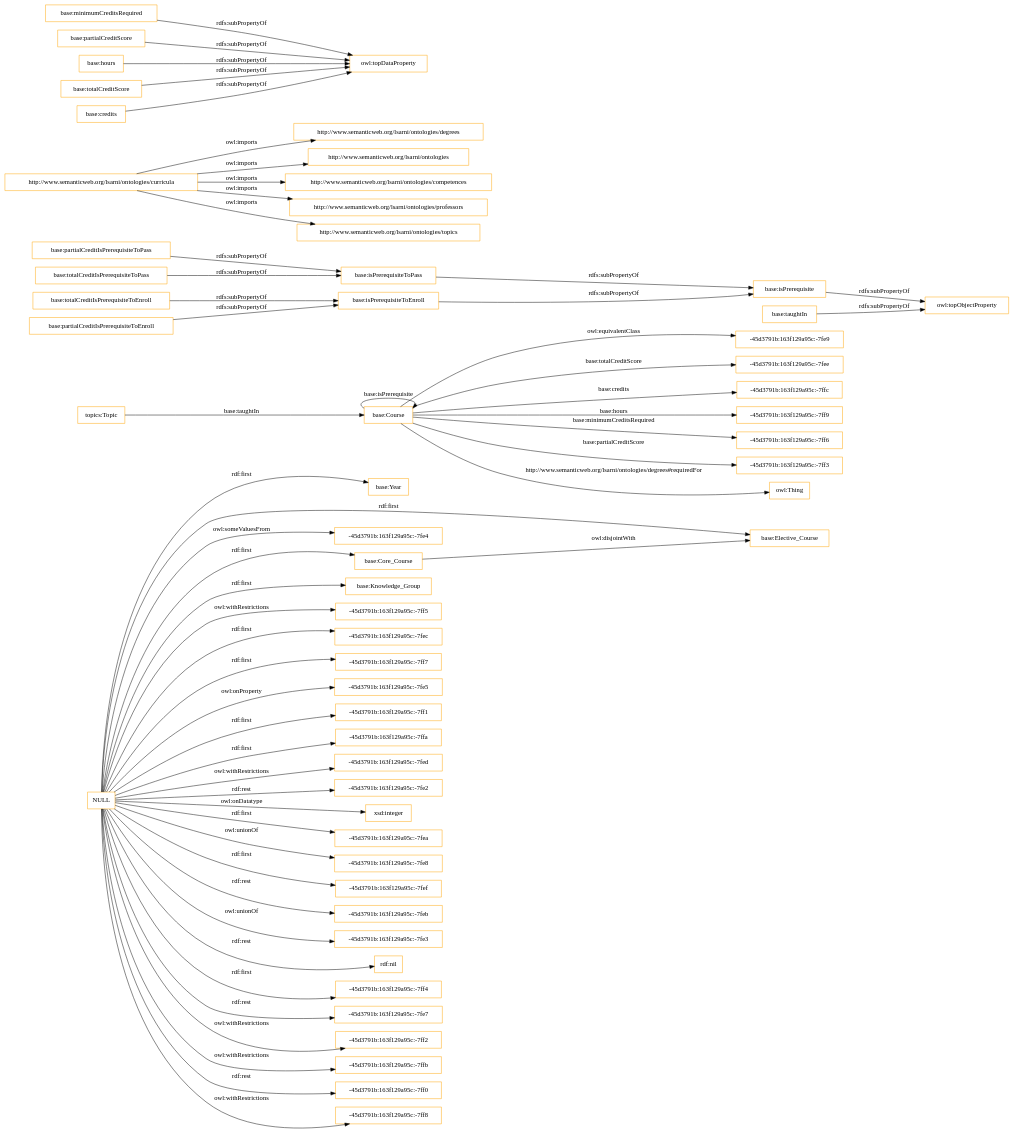
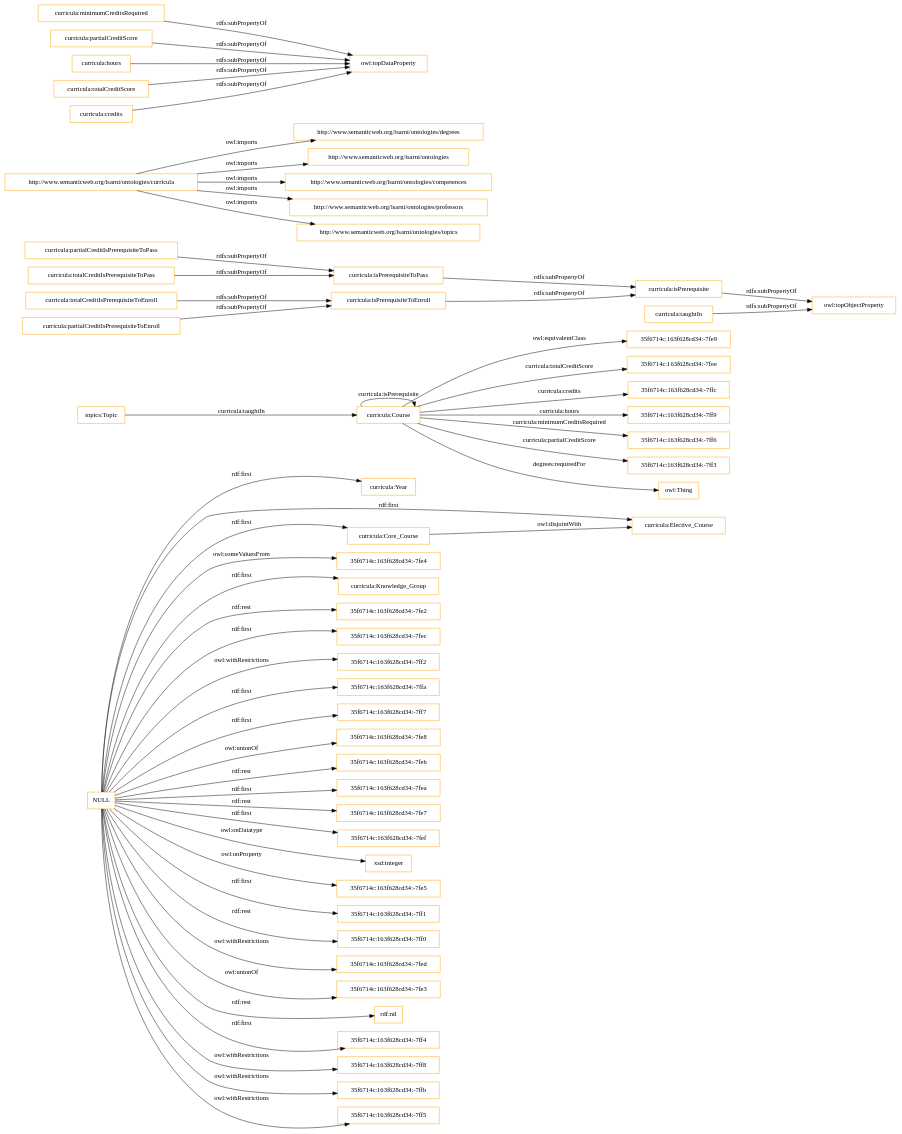
The diagram in OnToology/curricula.owl/diagrams/ar2dtool-class/curricula.owl.png.dot (lsarni/OntoCIS), drawn with Graphviz before and after one commit. The commit also changed 32 other files, not shown here.

```diff
--- a/OnToology/curricula.owl/diagrams/ar2dtool-class/curricula.owl.png.dot
+++ b/OnToology/curricula.owl/diagrams/ar2dtool-class/curricula.owl.png.dot
@@ -1,60 +1,60 @@
 digraph ar2dtool_diagram { 
 rankdir=LR;
 size="1501"
-node [shape = rectangle, color="orange"]; "base:Year" "base:Elective_Course" "-45d3791b:163f129a95c:-7fe4" "base:Core_Course" "base:Course" "-45d3791b:163f129a95c:-7fe9" "base:Knowledge_Group" ; /*classes style*/
-	"NULL" -> "-45d3791b:163f129a95c:-7ff5" [ label = "owl:withRestrictions" ];
-	"NULL" -> "-45d3791b:163f129a95c:-7fec" [ label = "rdf:first" ];
-	"NULL" -> "-45d3791b:163f129a95c:-7ff7" [ label = "rdf:first" ];
-	"NULL" -> "-45d3791b:163f129a95c:-7fe5" [ label = "owl:onProperty" ];
-	"NULL" -> "-45d3791b:163f129a95c:-7ff1" [ label = "rdf:first" ];
-	"NULL" -> "base:Knowledge_Group" [ label = "rdf:first" ];
-	"NULL" -> "-45d3791b:163f129a95c:-7ffa" [ label = "rdf:first" ];
-	"NULL" -> "-45d3791b:163f129a95c:-7fed" [ label = "owl:withRestrictions" ];
-	"NULL" -> "base:Core_Course" [ label = "rdf:first" ];
-	"NULL" -> "-45d3791b:163f129a95c:-7fe2" [ label = "rdf:rest" ];
+node [shape = rectangle, color="orange"]; "curricula:Year" "curricula:Elective_Course" "curricula:Core_Course" "curricula:Course" "35f6714c:163f628cd34:-7fe4" "curricula:Knowledge_Group" "35f6714c:163f628cd34:-7fe9" ; /*classes style*/
+	"NULL" -> "35f6714c:163f628cd34:-7fe2" [ label = "rdf:rest" ];
+	"NULL" -> "35f6714c:163f628cd34:-7fec" [ label = "rdf:first" ];
+	"NULL" -> "35f6714c:163f628cd34:-7ff2" [ label = "owl:withRestrictions" ];
+	"NULL" -> "35f6714c:163f628cd34:-7ffa" [ label = "rdf:first" ];
+	"NULL" -> "35f6714c:163f628cd34:-7fe4" [ label = "owl:someValuesFrom" ];
+	"NULL" -> "curricula:Knowledge_Group" [ label = "rdf:first" ];
+	"NULL" -> "35f6714c:163f628cd34:-7ff7" [ label = "rdf:first" ];
+	"NULL" -> "35f6714c:163f628cd34:-7fe8" [ label = "owl:unionOf" ];
+	"NULL" -> "35f6714c:163f628cd34:-7feb" [ label = "rdf:rest" ];
+	"NULL" -> "35f6714c:163f628cd34:-7fea" [ label = "rdf:first" ];
+	"NULL" -> "35f6714c:163f628cd34:-7fe7" [ label = "rdf:rest" ];
+	"NULL" -> "35f6714c:163f628cd34:-7fef" [ label = "rdf:first" ];
+	"NULL" -> "curricula:Core_Course" [ label = "rdf:first" ];
 	"NULL" -> "xsd:integer" [ label = "owl:onDatatype" ];
-	"NULL" -> "-45d3791b:163f129a95c:-7fea" [ label = "rdf:first" ];
-	"NULL" -> "-45d3791b:163f129a95c:-7fe8" [ label = "owl:unionOf" ];
-	"NULL" -> "-45d3791b:163f129a95c:-7fef" [ label = "rdf:first" ];
-	"NULL" -> "-45d3791b:163f129a95c:-7feb" [ label = "rdf:rest" ];
-	"NULL" -> "-45d3791b:163f129a95c:-7fe3" [ label = "owl:unionOf" ];
-	"NULL" -> "-45d3791b:163f129a95c:-7fe4" [ label = "owl:someValuesFrom" ];
+	"NULL" -> "35f6714c:163f628cd34:-7fe5" [ label = "owl:onProperty" ];
+	"NULL" -> "35f6714c:163f628cd34:-7ff1" [ label = "rdf:first" ];
+	"NULL" -> "35f6714c:163f628cd34:-7ff0" [ label = "rdf:rest" ];
+	"NULL" -> "35f6714c:163f628cd34:-7fed" [ label = "owl:withRestrictions" ];
+	"NULL" -> "35f6714c:163f628cd34:-7fe3" [ label = "owl:unionOf" ];
 	"NULL" -> "rdf:nil" [ label = "rdf:rest" ];
-	"NULL" -> "base:Year" [ label = "rdf:first" ];
-	"NULL" -> "base:Elective_Course" [ label = "rdf:first" ];
-	"NULL" -> "-45d3791b:163f129a95c:-7ff4" [ label = "rdf:first" ];
-	"NULL" -> "-45d3791b:163f129a95c:-7fe7" [ label = "rdf:rest" ];
-	"NULL" -> "-45d3791b:163f129a95c:-7ff2" [ label = "owl:withRestrictions" ];
-	"NULL" -> "-45d3791b:163f129a95c:-7ffb" [ label = "owl:withRestrictions" ];
-	"NULL" -> "-45d3791b:163f129a95c:-7ff0" [ label = "rdf:rest" ];
-	"NULL" -> "-45d3791b:163f129a95c:-7ff8" [ label = "owl:withRestrictions" ];
-	"base:partialCreditIsPrerequisiteToPass" -> "base:isPrerequisiteToPass" [ label = "rdfs:subPropertyOf" ];
-	"base:partialCreditIsPrerequisiteToEnroll" -> "base:isPrerequisiteToEnroll" [ label = "rdfs:subPropertyOf" ];
+	"NULL" -> "curricula:Year" [ label = "rdf:first" ];
+	"NULL" -> "curricula:Elective_Course" [ label = "rdf:first" ];
+	"NULL" -> "35f6714c:163f628cd34:-7ff4" [ label = "rdf:first" ];
+	"NULL" -> "35f6714c:163f628cd34:-7ff8" [ label = "owl:withRestrictions" ];
+	"NULL" -> "35f6714c:163f628cd34:-7ffb" [ label = "owl:withRestrictions" ];
+	"NULL" -> "35f6714c:163f628cd34:-7ff5" [ label = "owl:withRestrictions" ];
+	"curricula:partialCreditIsPrerequisiteToPass" -> "curricula:isPrerequisiteToPass" [ label = "rdfs:subPropertyOf" ];
+	"curricula:partialCreditIsPrerequisiteToEnroll" -> "curricula:isPrerequisiteToEnroll" [ label = "rdfs:subPropertyOf" ];
 	"http://www.semanticweb.org/lsarni/ontologies/curricula" -> "http://www.semanticweb.org/lsarni/ontologies/degrees" [ label = "owl:imports" ];
 	"http://www.semanticweb.org/lsarni/ontologies/curricula" -> "http://www.semanticweb.org/lsarni/ontologies" [ label = "owl:imports" ];
 	"http://www.semanticweb.org/lsarni/ontologies/curricula" -> "http://www.semanticweb.org/lsarni/ontologies/competences" [ label = "owl:imports" ];
 	"http://www.semanticweb.org/lsarni/ontologies/curricula" -> "http://www.semanticweb.org/lsarni/ontologies/professors" [ label = "owl:imports" ];
 	"http://www.semanticweb.org/lsarni/ontologies/curricula" -> "http://www.semanticweb.org/lsarni/ontologies/topics" [ label = "owl:imports" ];
-	"base:minimumCreditsRequired" -> "owl:topDataProperty" [ label = "rdfs:subPropertyOf" ];
-	"base:partialCreditScore" -> "owl:topDataProperty" [ label = "rdfs:subPropertyOf" ];
-	"base:taughtIn" -> "owl:topObjectProperty" [ label = "rdfs:subPropertyOf" ];
-	"base:hours" -> "owl:topDataProperty" [ label = "rdfs:subPropertyOf" ];
-	"base:Core_Course" -> "base:Elective_Course" [ label = "owl:disjointWith" ];
-	"base:totalCreditScore" -> "owl:topDataProperty" [ label = "rdfs:subPropertyOf" ];
-	"base:Course" -> "-45d3791b:163f129a95c:-7fe9" [ label = "owl:equivalentClass" ];
-	"base:isPrerequisite" -> "owl:topObjectProperty" [ label = "rdfs:subPropertyOf" ];
-	"base:isPrerequisiteToPass" -> "base:isPrerequisite" [ label = "rdfs:subPropertyOf" ];
-	"base:totalCreditIsPrerequisiteToEnroll" -> "base:isPrerequisiteToEnroll" [ label = "rdfs:subPropertyOf" ];
-	"base:totalCreditIsPrerequisiteToPass" -> "base:isPrerequisiteToPass" [ label = "rdfs:subPropertyOf" ];
-	"base:isPrerequisiteToEnroll" -> "base:isPrerequisite" [ label = "rdfs:subPropertyOf" ];
-	"base:credits" -> "owl:topDataProperty" [ label = "rdfs:subPropertyOf" ];
-	"base:Course" -> "-45d3791b:163f129a95c:-7fee" [ label = "base:totalCreditScore" ];
-	"base:Course" -> "-45d3791b:163f129a95c:-7ffc" [ label = "base:credits" ];
-	"base:Course" -> "-45d3791b:163f129a95c:-7ff9" [ label = "base:hours" ];
-	"base:Course" -> "base:Course" [ label = "base:isPrerequisite" ];
-	"base:Course" -> "-45d3791b:163f129a95c:-7ff6" [ label = "base:minimumCreditsRequired" ];
-	"topics:Topic" -> "base:Course" [ label = "base:taughtIn" ];
-	"base:Course" -> "-45d3791b:163f129a95c:-7ff3" [ label = "base:partialCreditScore" ];
-	"base:Course" -> "owl:Thing" [ label = "http://www.semanticweb.org/lsarni/ontologies/degrees#requiredFor" ];
+	"curricula:minimumCreditsRequired" -> "owl:topDataProperty" [ label = "rdfs:subPropertyOf" ];
+	"curricula:partialCreditScore" -> "owl:topDataProperty" [ label = "rdfs:subPropertyOf" ];
+	"curricula:taughtIn" -> "owl:topObjectProperty" [ label = "rdfs:subPropertyOf" ];
+	"curricula:hours" -> "owl:topDataProperty" [ label = "rdfs:subPropertyOf" ];
+	"curricula:Core_Course" -> "curricula:Elective_Course" [ label = "owl:disjointWith" ];
+	"curricula:totalCreditScore" -> "owl:topDataProperty" [ label = "rdfs:subPropertyOf" ];
+	"curricula:Course" -> "35f6714c:163f628cd34:-7fe9" [ label = "owl:equivalentClass" ];
+	"curricula:isPrerequisite" -> "owl:topObjectProperty" [ label = "rdfs:subPropertyOf" ];
+	"curricula:isPrerequisiteToPass" -> "curricula:isPrerequisite" [ label = "rdfs:subPropertyOf" ];
+	"curricula:totalCreditIsPrerequisiteToEnroll" -> "curricula:isPrerequisiteToEnroll" [ label = "rdfs:subPropertyOf" ];
+	"curricula:totalCreditIsPrerequisiteToPass" -> "curricula:isPrerequisiteToPass" [ label = "rdfs:subPropertyOf" ];
+	"curricula:isPrerequisiteToEnroll" -> "curricula:isPrerequisite" [ label = "rdfs:subPropertyOf" ];
+	"curricula:credits" -> "owl:topDataProperty" [ label = "rdfs:subPropertyOf" ];
+	"curricula:Course" -> "35f6714c:163f628cd34:-7fee" [ label = "curricula:totalCreditScore" ];
+	"curricula:Course" -> "35f6714c:163f628cd34:-7ffc" [ label = "curricula:credits" ];
+	"curricula:Course" -> "35f6714c:163f628cd34:-7ff9" [ label = "curricula:hours" ];
+	"curricula:Course" -> "curricula:Course" [ label = "curricula:isPrerequisite" ];
+	"curricula:Course" -> "35f6714c:163f628cd34:-7ff6" [ label = "curricula:minimumCreditsRequired" ];
+	"topics:Topic" -> "curricula:Course" [ label = "curricula:taughtIn" ];
+	"curricula:Course" -> "35f6714c:163f628cd34:-7ff3" [ label = "curricula:partialCreditScore" ];
+	"curricula:Course" -> "owl:Thing" [ label = "degrees:requiredFor" ];
 
 }
```
